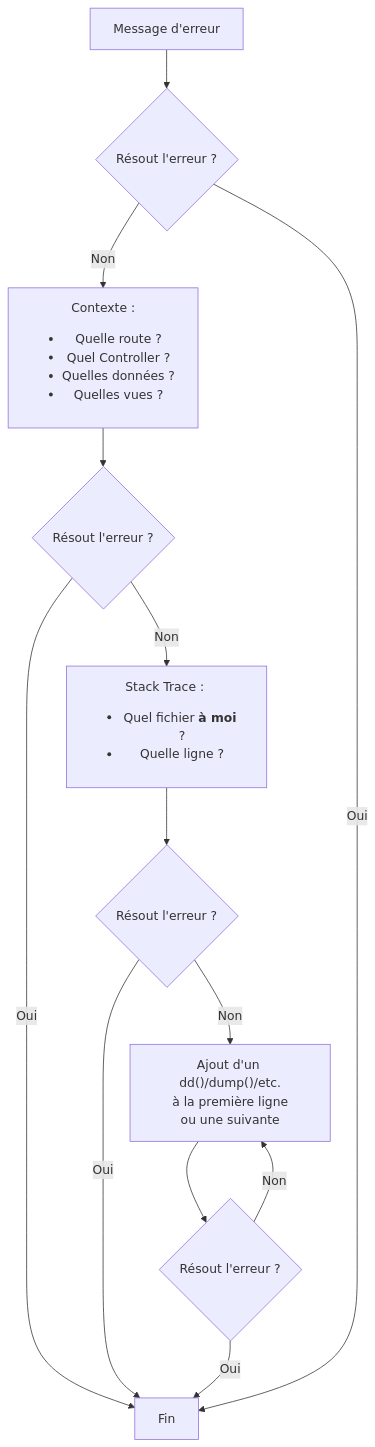
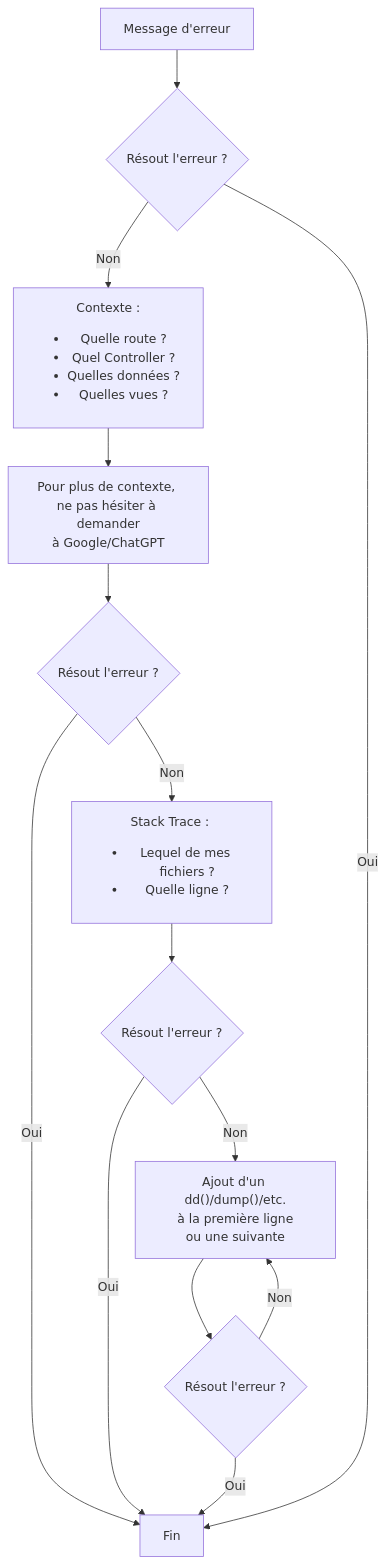
One commit to DrakoFormation/cours changed the diagram in symfony/81-quotidien.md. Above: the diagram before and after it, drawn with Mermaid. The commit also changed other lines of this file and 1 other file, not shown here.

Commit message:
TIMETAGGER - Test avec Docker-compose

````diff
--- a/symfony/81-quotidien.md
+++ b/symfony/81-quotidien.md
@@ -5,15 +5,16 @@
 ```mermaid
 flowchart TD
     A[Message d'erreur] --> B{Résout l'erreur ?}
     B -->|Non| C["Contexte : <ul><li>Quelle route ?</li><li>Quel Controller ?</li><li>Quelles données ?</li><li>Quelles vues ?</li></ul>"]
-    C --> D{"Résout l'erreur ?"}
+    C --> J[Pour plus de contexte, <br/>ne pas hésiter à demander<br/>à Google/ChatGPT]
+    J --> D{"Résout l'erreur ?"}
     D -->|Oui| I
-    D --> |Non| E["Stack Trace : <ul><li>Quel fichier <b>à moi</b> ?</li><li>Quelle ligne ?</li>"]
+    D --> |Non| E["Stack Trace : <ul><li>Lequel de mes fichiers ?</li><li>Quelle ligne ?</li>"]
     E --> F{"Résout l'erreur ?"}
     F --> |Oui| I
     F --> |Non| G["Ajout d'un dd()/dump()/etc.<br/>à la première ligne<br/>ou une suivante"]
     G --> H{"Résout l'erreur ?"}
     H --> |Non| G
     H --> |Oui| I
     B -->|Oui| I[Fin]
 ```
````
